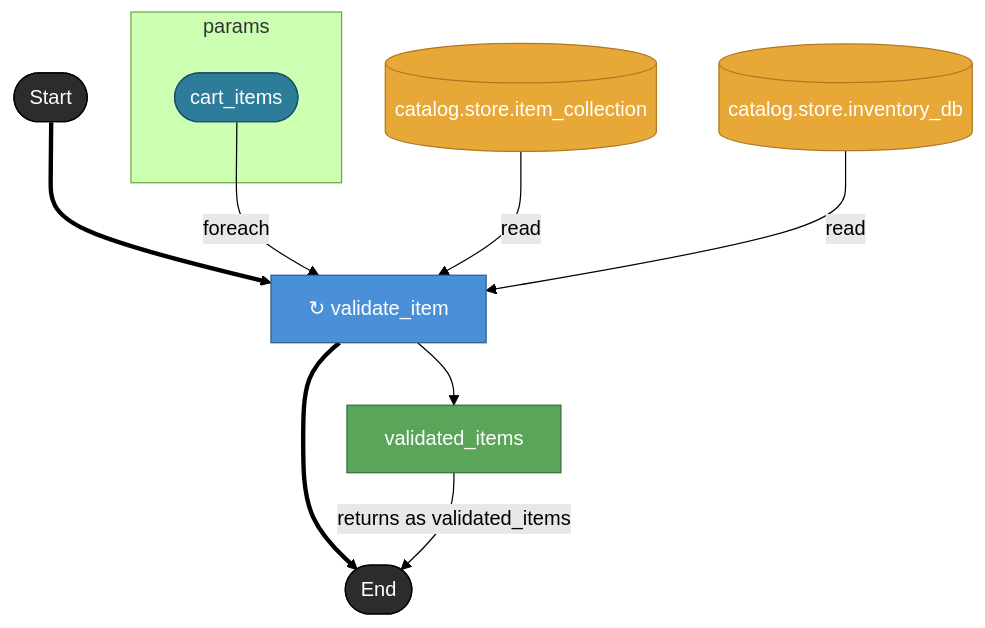
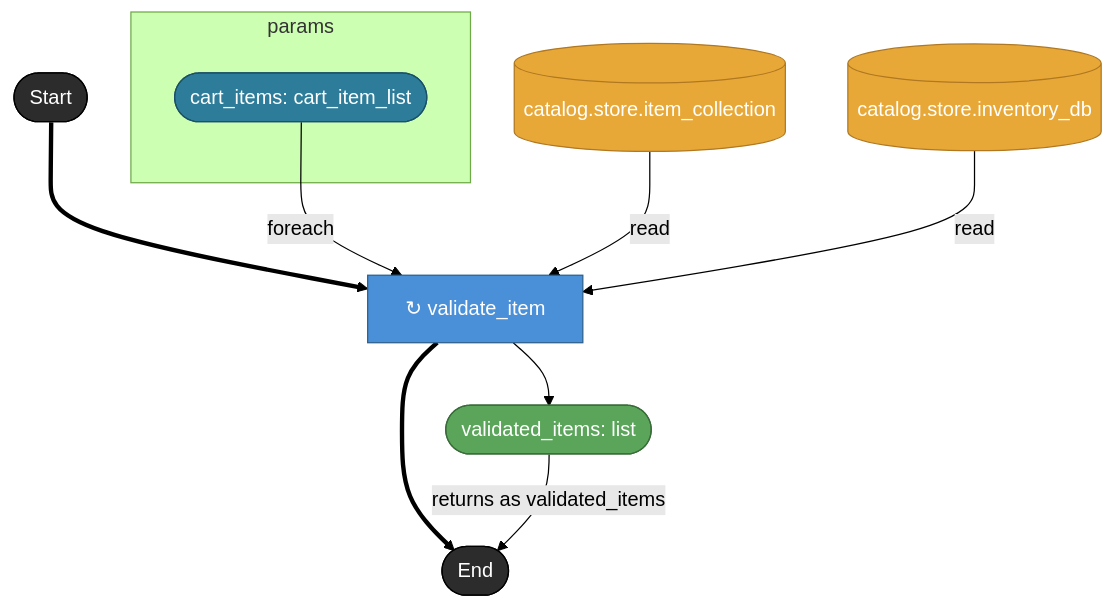
One commit to hiroshiasayadev-prog/brewprint changed the diagram in docs/uc/001-ec-checkout-flow/renders/commerce/dag-validate_cart.md. Above: the diagram before and after it, drawn with Mermaid (forest theme). The commit also changed 18 other files, not shown here.

````diff
--- a/docs/uc/001-ec-checkout-flow/renders/commerce/dag-validate_cart.md
+++ b/docs/uc/001-ec-checkout-flow/renders/commerce/dag-validate_cart.md
@@ -7,27 +7,27 @@
 ```mermaid
 flowchart TD
   subgraph params
-    cart_items([cart_items])
+    cart_items([cart_items: cart_item_list])
   end
 
   _start([Start]) ==> validate_item["↻ validate_item"]
   cart_items --"foreach"--> validate_item
 
   item_collection[(catalog.store.item_collection)] -- "read" --> validate_item
   inventory_db[(catalog.store.inventory_db)] -- "read" --> validate_item
 
-  validate_item --> validated_items
+  validate_item --> validated_items([validated_items: list])
   validate_item ==> _end([End])
   validated_items -- "returns as validated_items" --> _end
 
   classDef taskNode     fill:#4A90D9,stroke:#2C5F8A,color:#fff
   classDef assetNode    fill:#5BA55B,stroke:#3A6B3A,color:#fff
   classDef storeNode    fill:#E8A838,stroke:#B07820,color:#fff
   classDef terminalNode fill:#2C2C2C,stroke:#000,color:#fff
   classDef boundaryNode fill:#2D7D9A,stroke:#1A5068,color:#fff
   class validate_item taskNode
   class validated_items assetNode
   class item_collection,inventory_db storeNode
   class _start,_end terminalNode
   class cart_items boundaryNode
 ```
````
